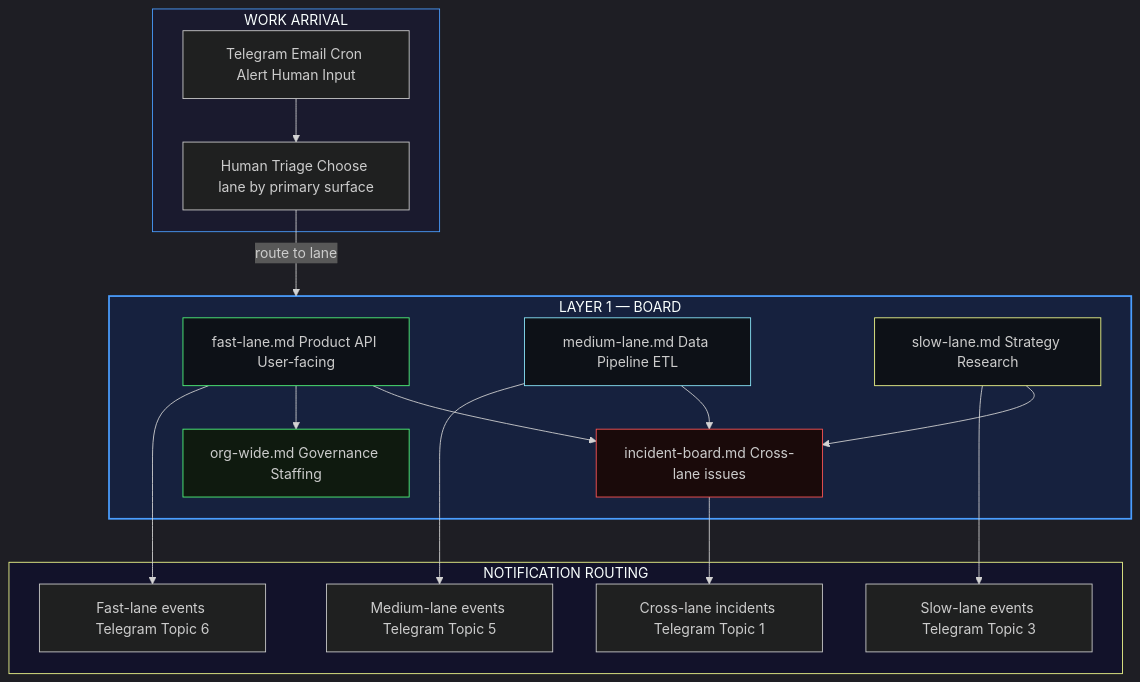
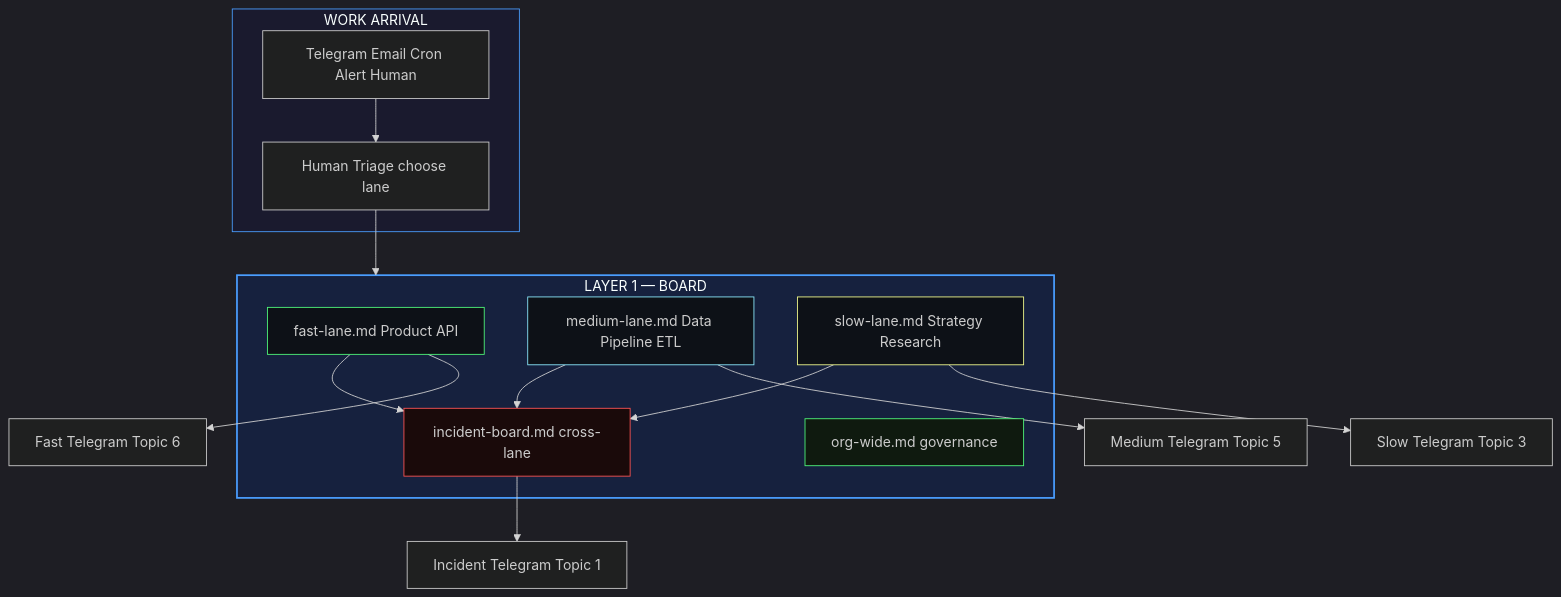
One commit to mmartoccia/ghost-orchestration-pattern changed the diagram in diagrams/BOARD_LAYER.mmd. Above: the diagram before and after it, drawn with Mermaid. The commit also changed 5 other files, not shown here.

Commit message:
Fix Mermaid init directives - each on own line for proper parsing

````diff
--- a/diagrams/BOARD_LAYER.mmd
+++ b/diagrams/BOARD_LAYER.mmd
@@ -1,43 +1,31 @@
 ```mermaid
-%%{init: {"theme": "dark"}}%%
+%%{init: { "theme": "dark" }}%%
 flowchart TB
-    subgraph INTAKE["WORK ARRIVAL"]
-        MSG["Telegram Email Cron Alert Human Input"]
-        TRIAGE["Human Triage Choose lane by primary surface"]
+    subgraph IN["WORK ARRIVAL"]
+        MSG["Telegram Email Cron Alert Human"]
+        TRIAGE["Human Triage choose lane"]
     end
     MSG --> TRIAGE
-
     subgraph BOARD["LAYER 1 — BOARD"]
-        FL["fast-lane.md Product API User-facing"]
+        FL["fast-lane.md Product API"]
         ML["medium-lane.md Data Pipeline ETL"]
         SL["slow-lane.md Strategy Research"]
-        IB["incident-board.md Cross-lane issues"]
-        OW["org-wide.md Governance Staffing"]
+        IB["incident-board.md cross-lane"]
+        OW["org-wide.md governance"]
         FL --> IB
         ML --> IB
         SL --> IB
-        FL --> OW
     end
-
-    TRIAGE -->|"route to lane"| BOARD
-
-    subgraph NOTIFY["NOTIFICATION ROUTING"]
-        N1["Fast-lane events Telegram Topic 6"]
-        N2["Medium-lane events Telegram Topic 5"]
-        N3["Slow-lane events Telegram Topic 3"]
-        N4["Cross-lane incidents Telegram Topic 1"]
-    end
-    FL --> N1
-    ML --> N2
-    SL --> N3
-    IB --> N4
-
-    style INTAKE fill:#1a1a2e,stroke:#4a9eff,stroke-width:1px
+    TRIAGE --> BOARD
+    FL --> N1["Fast Telegram Topic 6"]
+    ML --> N2["Medium Telegram Topic 5"]
+    SL --> N3["Slow Telegram Topic 3"]
+    IB --> N4["Incident Telegram Topic 1"]
+    style IN fill:#1a1a2e,stroke:#4a9eff,stroke-width:1px
     style BOARD fill:#16213e,stroke:#4a9eff,stroke-width:2px
     style FL fill:#0d1117,stroke:#50fa7b,stroke-width:1px
     style ML fill:#0d1117,stroke:#8be9fd,stroke-width:1px
     style SL fill:#0d1117,stroke:#f1fa8c,stroke-width:1px
     style IB fill:#1a0a0a,stroke:#ff5555,stroke-width:1px
     style OW fill:#0f1a0f,stroke:#50fa7b,stroke-width:1px
-    style NOTIFY fill:#12122a,stroke:#f1fa8c,stroke-width:1px
 ```
````
